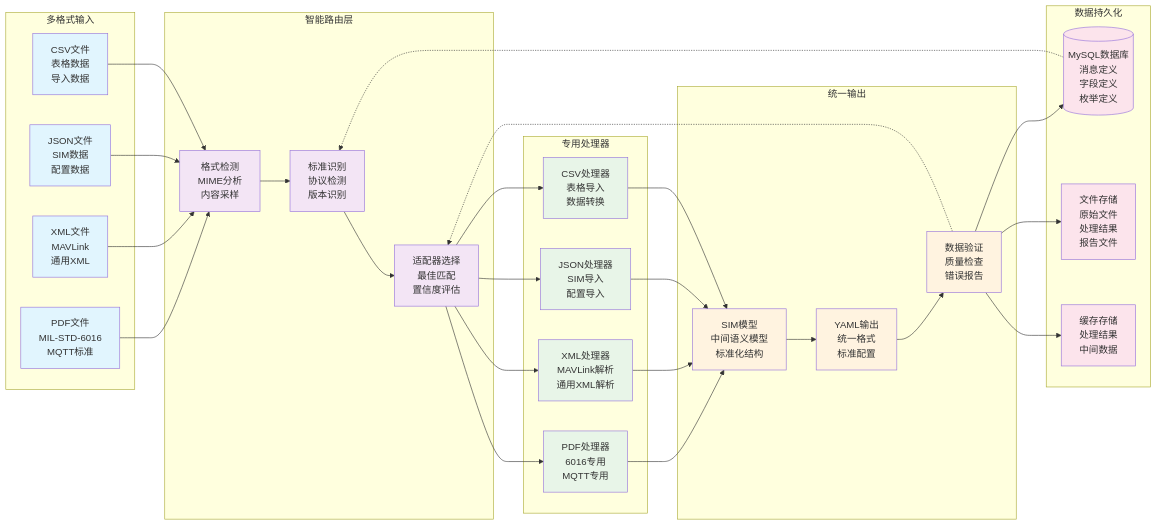
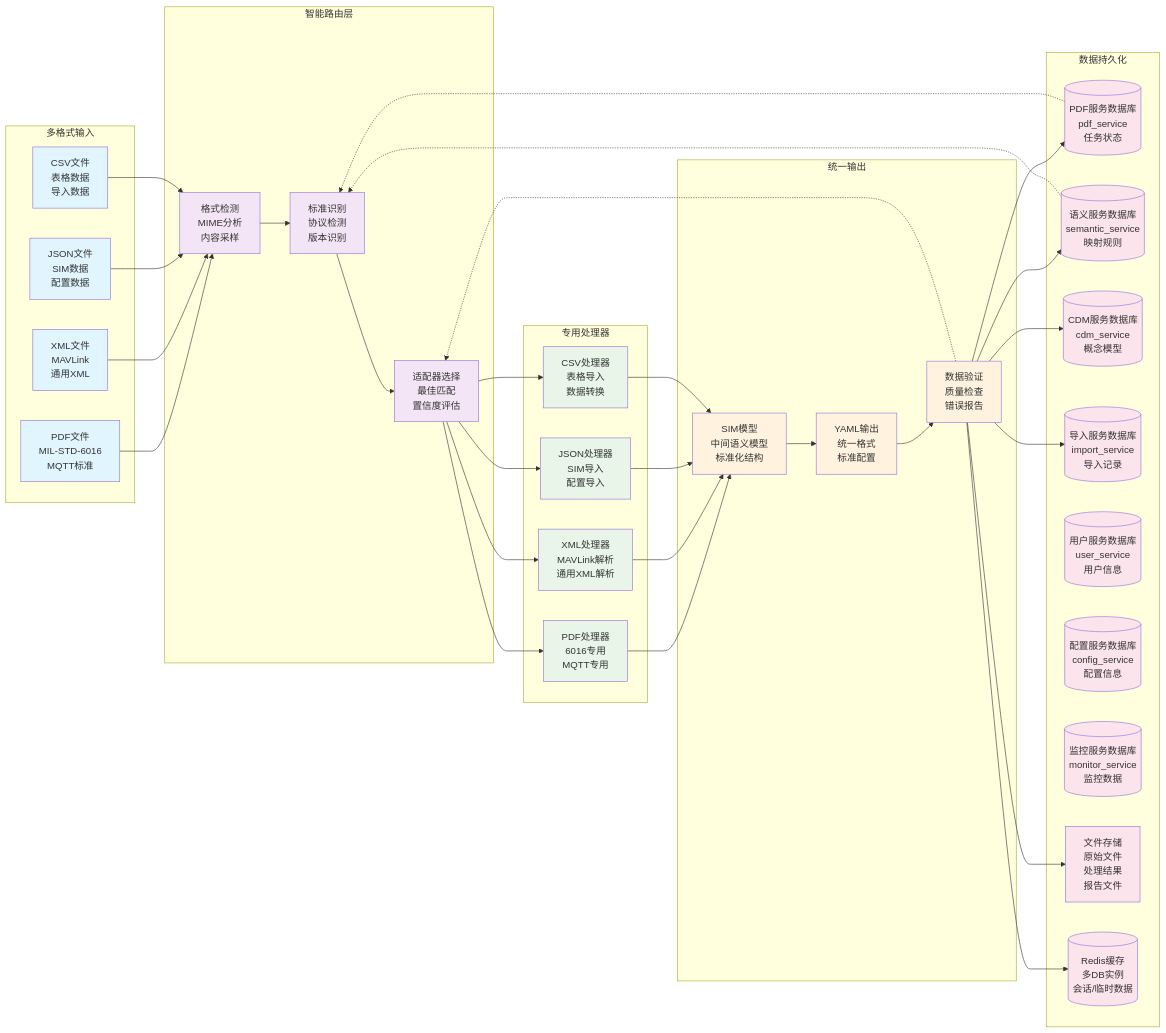
One commit to mistvapour/6016b changed the diagram in mmd/data_flow.mmd. Above: the diagram before and after it, drawn with Mermaid. The commit also changed 14 other files, not shown here.

```diff
--- a/mmd/data_flow.mmd
+++ b/mmd/data_flow.mmd
@@ -1,77 +1,87 @@
 flowchart LR
     %% 数据流架构图
     
     subgraph "多格式输入"
         PDF[PDF文件<br/>MIL-STD-6016<br/>MQTT标准]
         XML[XML文件<br/>MAVLink<br/>通用XML]
         JSON[JSON文件<br/>SIM数据<br/>配置数据]
         CSV[CSV文件<br/>表格数据<br/>导入数据]
     end
     
     subgraph "智能路由层"
         FORMAT_DETECT[格式检测<br/>MIME分析<br/>内容采样]
         STANDARD_DETECT[标准识别<br/>协议检测<br/>版本识别]
         ADAPTER_SELECT[适配器选择<br/>最佳匹配<br/>置信度评估]
     end
     
     subgraph "专用处理器"
         PDF_PROC[PDF处理器<br/>6016专用<br/>MQTT专用]
         XML_PROC[XML处理器<br/>MAVLink解析<br/>通用XML解析]
         JSON_PROC[JSON处理器<br/>SIM导入<br/>配置导入]
         CSV_PROC[CSV处理器<br/>表格导入<br/>数据转换]
     end
     
     subgraph "统一输出"
         SIM_MODEL[SIM模型<br/>中间语义模型<br/>标准化结构]
         YAML_OUT[YAML输出<br/>统一格式<br/>标准配置]
         VALIDATION[数据验证<br/>质量检查<br/>错误报告]
     end
     
     subgraph "数据持久化"
-        MYSQL_DB[(MySQL数据库<br/>消息定义<br/>字段定义<br/>枚举定义)]
+        PDF_DB[(PDF服务数据库<br/>pdf_service<br/>任务状态)]
+        SEMANTIC_DB[(语义服务数据库<br/>semantic_service<br/>映射规则)]
+        CDM_DB[(CDM服务数据库<br/>cdm_service<br/>概念模型)]
+        IMPORT_DB[(导入服务数据库<br/>import_service<br/>导入记录)]
+        USER_DB[(用户服务数据库<br/>user_service<br/>用户信息)]
+        CONFIG_DB[(配置服务数据库<br/>config_service<br/>配置信息)]
+        MONITOR_DB[(监控服务数据库<br/>monitor_service<br/>监控数据)]
         FILE_STORE[文件存储<br/>原始文件<br/>处理结果<br/>报告文件]
-        CACHE_STORE[缓存存储<br/>处理结果<br/>中间数据]
+        REDIS_CACHE[(Redis缓存<br/>多DB实例<br/>会话/临时数据)]
     end
     
     %% 数据流连接
     PDF --> FORMAT_DETECT
     XML --> FORMAT_DETECT
     JSON --> FORMAT_DETECT
     CSV --> FORMAT_DETECT
     
     FORMAT_DETECT --> STANDARD_DETECT
     STANDARD_DETECT --> ADAPTER_SELECT
     
     ADAPTER_SELECT --> PDF_PROC
     ADAPTER_SELECT --> XML_PROC
     ADAPTER_SELECT --> JSON_PROC
     ADAPTER_SELECT --> CSV_PROC
     
     PDF_PROC --> SIM_MODEL
     XML_PROC --> SIM_MODEL
     JSON_PROC --> SIM_MODEL
     CSV_PROC --> SIM_MODEL
     
     SIM_MODEL --> YAML_OUT
     YAML_OUT --> VALIDATION
     
-    VALIDATION --> MYSQL_DB
+    VALIDATION --> PDF_DB
+    VALIDATION --> SEMANTIC_DB
+    VALIDATION --> CDM_DB
+    VALIDATION --> IMPORT_DB
     VALIDATION --> FILE_STORE
-    VALIDATION --> CACHE_STORE
+    VALIDATION --> REDIS_CACHE
     
     %% 反馈循环
     VALIDATION -.-> ADAPTER_SELECT
-    MYSQL_DB -.-> STANDARD_DETECT
+    PDF_DB -.-> STANDARD_DETECT
+    SEMANTIC_DB -.-> STANDARD_DETECT
     
     %% 样式
     classDef input fill:#e1f5fe
     classDef routing fill:#f3e5f5
     classDef processing fill:#e8f5e8
     classDef output fill:#fff3e0
     classDef storage fill:#fce4ec
     
     class PDF,XML,JSON,CSV input
     class FORMAT_DETECT,STANDARD_DETECT,ADAPTER_SELECT routing
     class PDF_PROC,XML_PROC,JSON_PROC,CSV_PROC processing
     class SIM_MODEL,YAML_OUT,VALIDATION output
-    class MYSQL_DB,FILE_STORE,CACHE_STORE storage
+    class PDF_DB,SEMANTIC_DB,CDM_DB,IMPORT_DB,USER_DB,CONFIG_DB,MONITOR_DB,FILE_STORE,REDIS_CACHE storage
```
